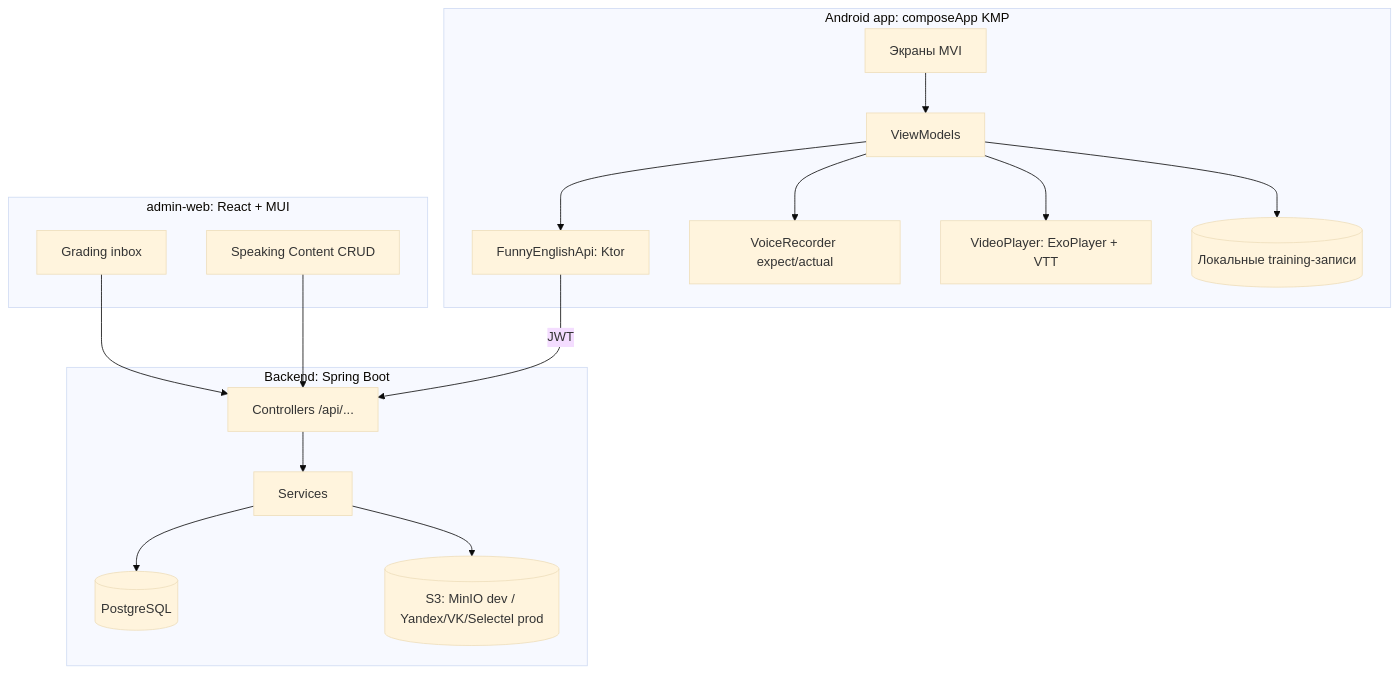
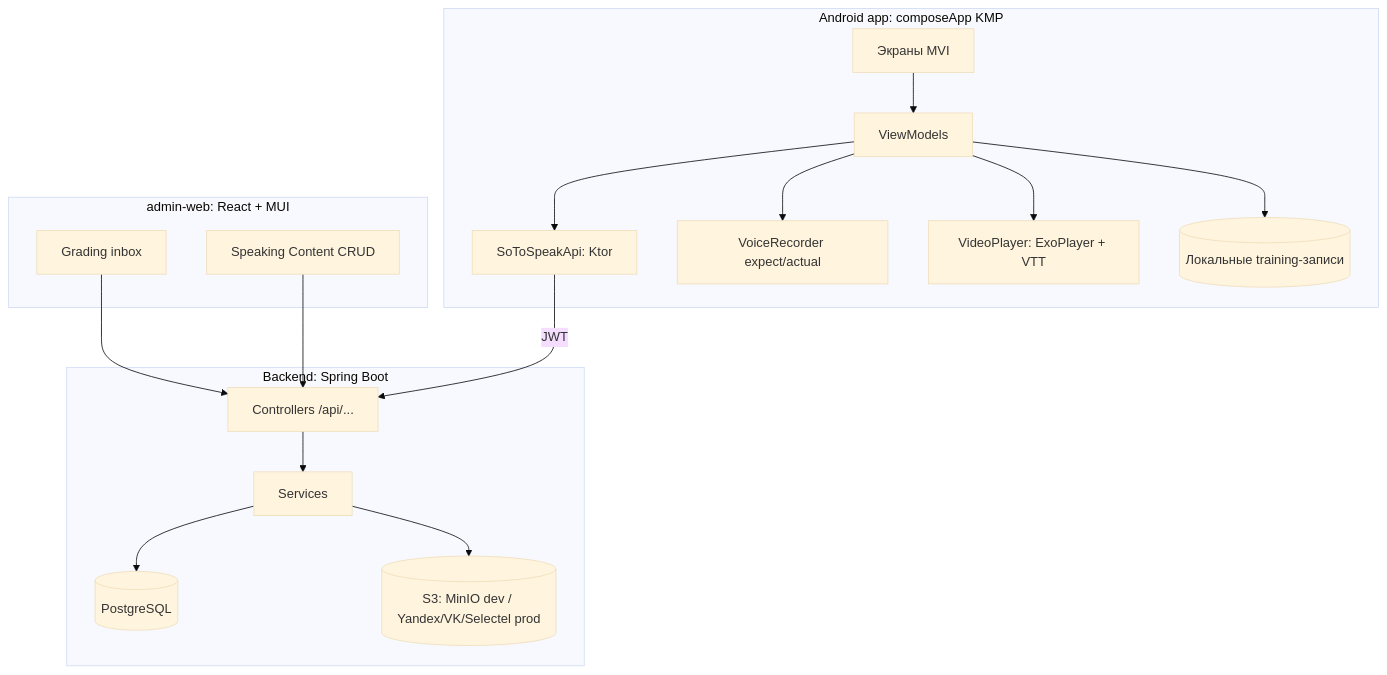
Before and after one commit to lodrean/FunnyEnglish: the third of 3 diagrams in docs/research/DIAGRAM_AND_VIDEO_SERVICES.md, drawn with Mermaid (base theme). The commit also changed 1452 other files, not shown here.

````diff
--- a/docs/research/DIAGRAM_AND_VIDEO_SERVICES.md
+++ b/docs/research/DIAGRAM_AND_VIDEO_SERVICES.md
@@ -67,20 +67,20 @@
 ```mermaid
 flowchart TB
     subgraph Client[Android app: composeApp KMP]
         UI[Экраны MVI] --> VM[ViewModels]
-        VM --> API[FunnyEnglishApi: Ktor]
+        VM --> API[SoToSpeakApi: Ktor]
         VM --> REC[VoiceRecorder expect/actual]
         VM --> VID[VideoPlayer: ExoPlayer + VTT]
         VM --> LOC[(Локальные training-записи)]
     end
     subgraph Server[Backend: Spring Boot]
         CTRL[Controllers /api/...] --> SVC[Services]
         SVC --> DB[(PostgreSQL)]
         SVC --> S3[(S3: MinIO dev / Yandex/VK/Selectel prod)]
     end
     subgraph Admin[admin-web: React + MUI]
         GR[Grading inbox] --> CTRL
         CM[Speaking Content CRUD] --> CTRL
     end
     API -->|JWT| CTRL
 ```
````
